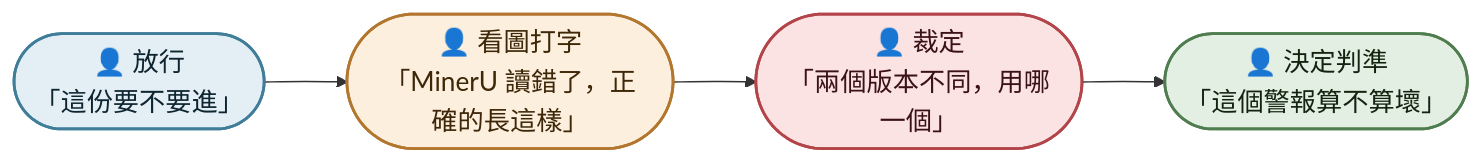
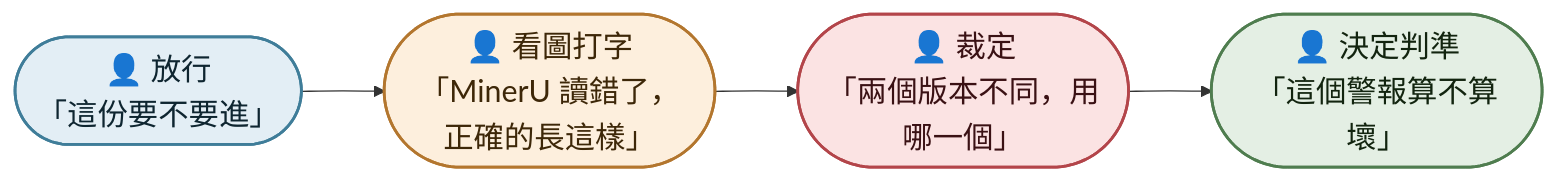
Before and after one commit to neknufelet/lightrag: the second of 2 diagrams in cairn/pipeline.md, drawn with Mermaid. The commit also changed other lines of this file and 1 other file, not shown here.

Commit message:
docs(cairn): 圖的字體 19px → 22px
Claude-Session: https://claude.ai/code/session_01WVtFKvubzh751pEi3qRVVx

````diff
--- a/cairn/pipeline.md
+++ b/cairn/pipeline.md
@@ -143,16 +143,16 @@
 ```mermaid
-%%{init: {'themeVariables': {'fontSize':'19px'}, 'flowchart': {'nodeSpacing': 45, 'rankSpacing': 60, 'padding': 12}}}%%
+%%{init: {'themeVariables': {'fontSize':'22px'}, 'flowchart': {'nodeSpacing': 45, 'rankSpacing': 60, 'padding': 12}}}%%
 flowchart LR
     A(["👤 放行<br/>「這份要不要進」"]) --> B(["👤 看圖打字<br/>「MinerU 讀錯了，正確的長這樣」"])
     B --> C(["👤 裁定<br/>「兩個版本不同，用哪一個」"])
     C --> D(["👤 決定判準<br/>「這個警報算不算壞」"])
 
     classDef human fill:#e3eef5,stroke:#3f7d99,stroke-width:2px,color:#0e2530
     classDef handwork fill:#fdefdd,stroke:#b3762e,stroke-width:2px,color:#3d2708
     classDef judge fill:#fbe3e3,stroke:#b3454a,stroke-width:2px,color:#3a1114
     classDef rule fill:#e4efe4,stroke:#4f7d4f,stroke-width:2px,color:#12240f
     class A human
     class B handwork
     class C judge
     class D rule
 ```
````
